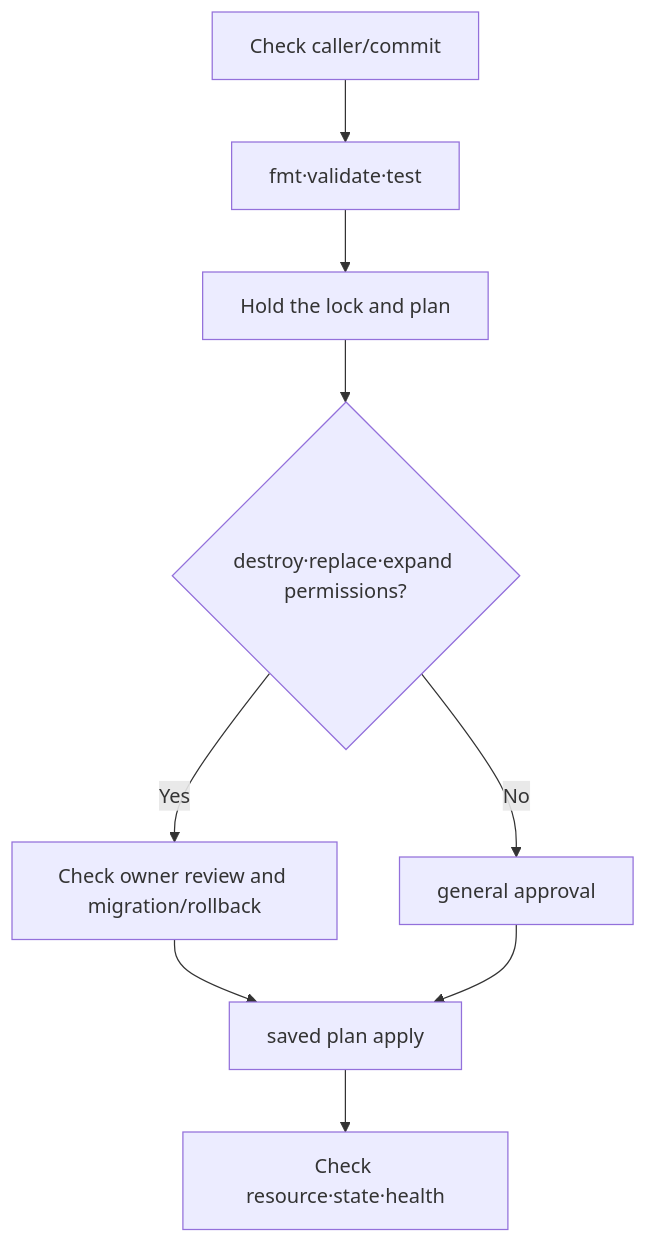
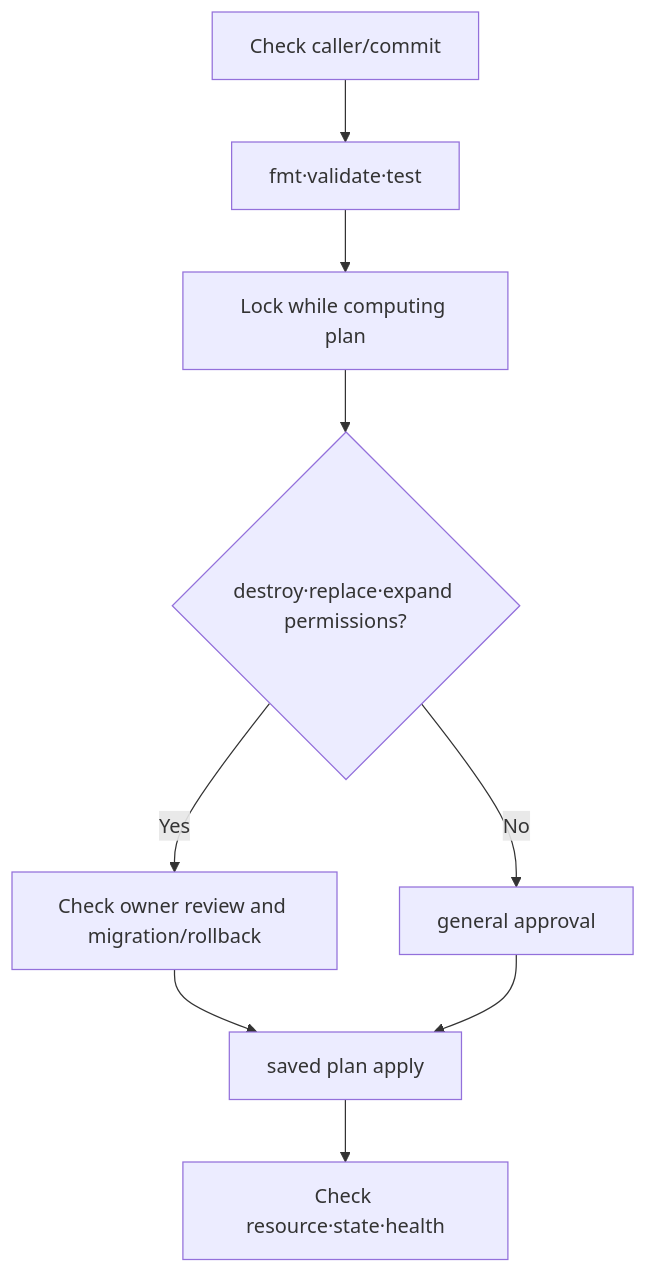
The diagram in docs-site/content/terraform-aws/02-plan-drift-import-lab.md (nohdol97/nohdol-study), drawn with Mermaid before and after one commit. The commit also changed other lines of this file and 88 other files, not shown here.

````diff
--- a/docs-site/content/terraform-aws/02-plan-drift-import-lab.md
+++ b/docs-site/content/terraform-aws/02-plan-drift-import-lab.md
@@ -113,11 +125,11 @@
 ```mermaid
 flowchart TD
     A[Check caller/commit] --> B[fmt·validate·test]
-    B --> C[Hold the lock and plan]
+    B --> C[Lock while computing plan]
     C --> D{destroy·replace·expand permissions?}
     D -->|Yes| E[Check owner review and migration/rollback]
     D -->|No| F[general approval]
     E --> G[saved plan apply]
     F --> G
     G --> H[Check resource·state·health]
 ```
````
